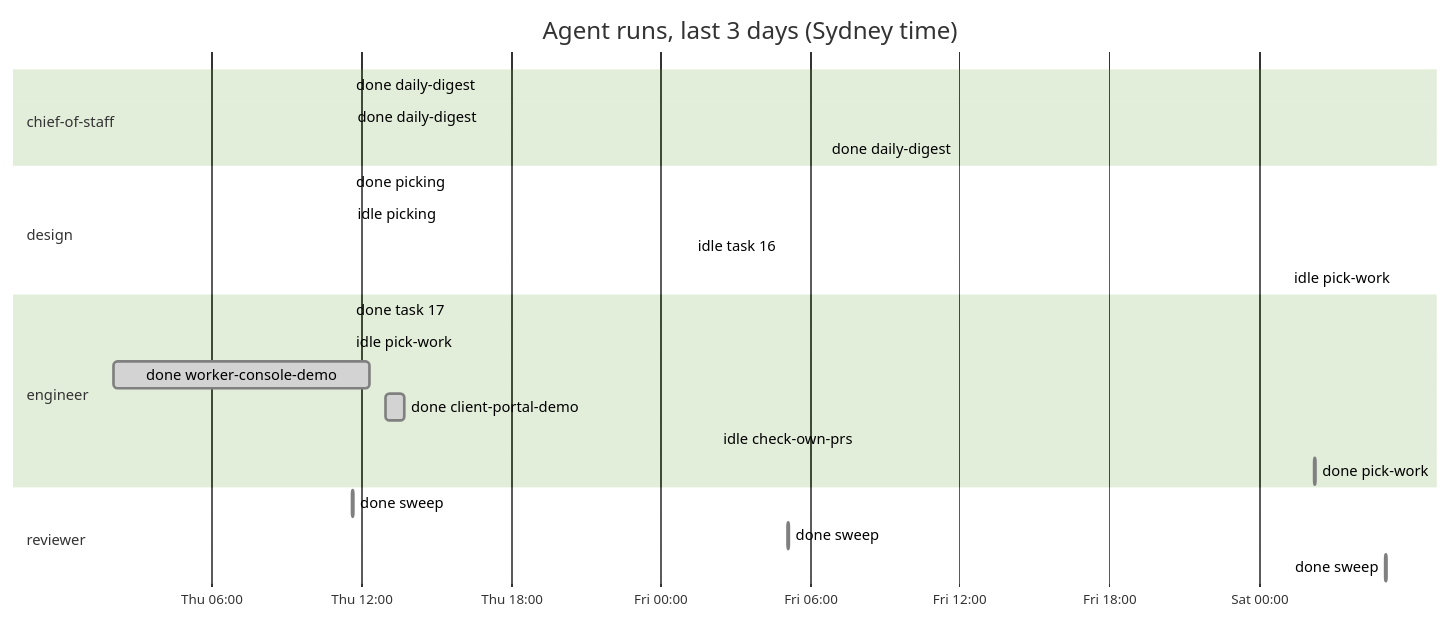
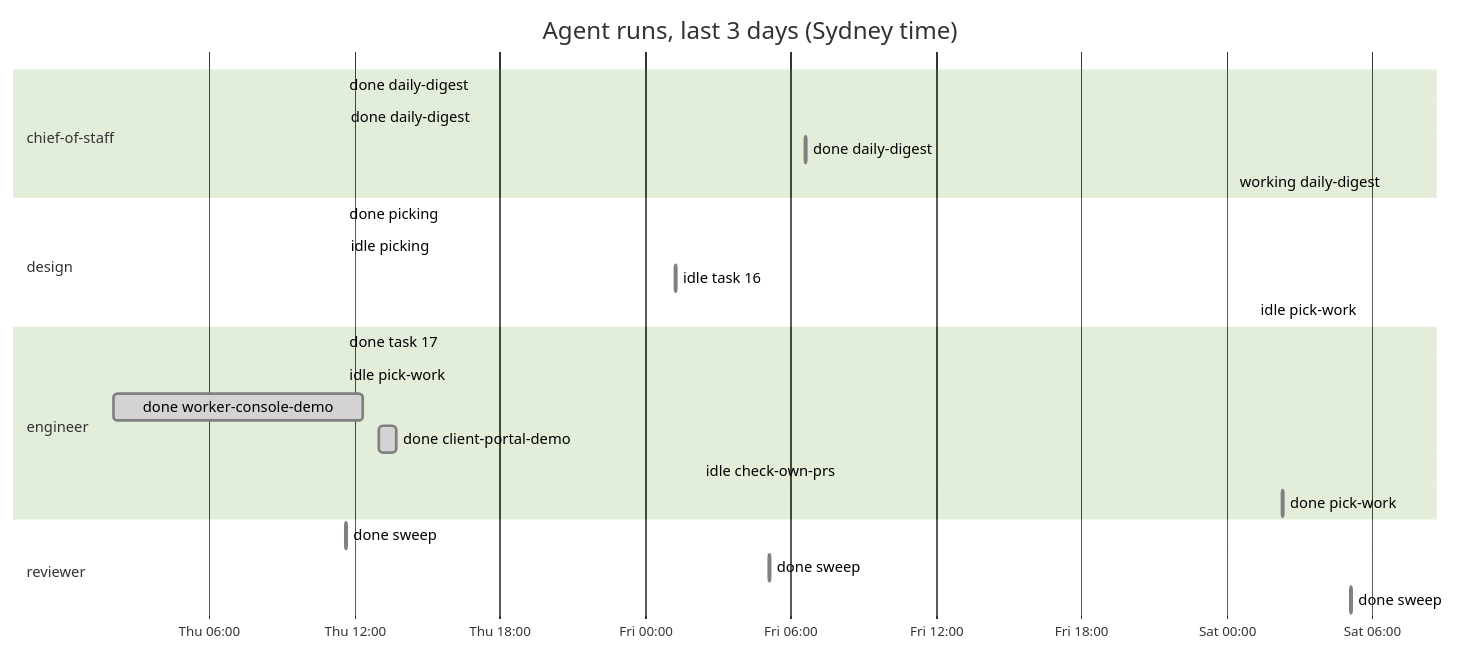
Before and after one commit to roulmediateam-byte/fifteen-expert-hq: the diagram in dashboard.md, drawn with Mermaid (forest theme). The commit also changed other lines of this file and 1 other file, not shown here.

````diff
--- a/dashboard.md
+++ b/dashboard.md
@@ -35,26 +35,27 @@
 ```mermaid
 gantt
     title Agent runs, last 3 days (Sydney time)
     dateFormat YYYY-MM-DD HH:mm
     axisFormat %a %H:%M
     section chief-of-staff
     done daily-digest :done, 2026-11-05 11:31, 2026-11-05 11:32
     done daily-digest :done, 2026-11-05 11:33, 2026-11-05 11:34
     done daily-digest :done, 2026-11-06 06:35, 2026-11-06 06:37
+    working daily-digest :active, 2026-11-07 06:35, 2026-11-07 06:35
     section design
     done picking :done, 2026-11-05 11:31, 2026-11-05 11:32
     idle picking :done, 2026-11-05 11:33, 2026-11-05 11:33
     idle task 16 :done, 2026-11-06 01:14, 2026-11-06 01:15
     idle pick-work :done, 2026-11-07 01:08, 2026-11-07 01:08
     section engineer
     done task 17 :done, 2026-11-05 11:31, 2026-11-05 11:32
     idle pick-work :done, 2026-11-05 11:32, 2026-11-05 11:32
     done worker-console-demo :done, 2026-11-05 02:03, 2026-11-05 12:19
     done client-portal-demo :done, 2026-11-05 12:59, 2026-11-05 13:44
     idle check-own-prs :done, 2026-11-06 02:14, 2026-11-06 02:14
     done pick-work :done, 2026-11-07 02:15, 2026-11-07 02:18
     section reviewer
     done sweep :done, 2026-11-05 11:37, 2026-11-05 11:39
     done sweep :done, 2026-11-06 05:05, 2026-11-06 05:10
     done sweep :done, 2026-11-07 05:05, 2026-11-07 05:08
 ```
````
